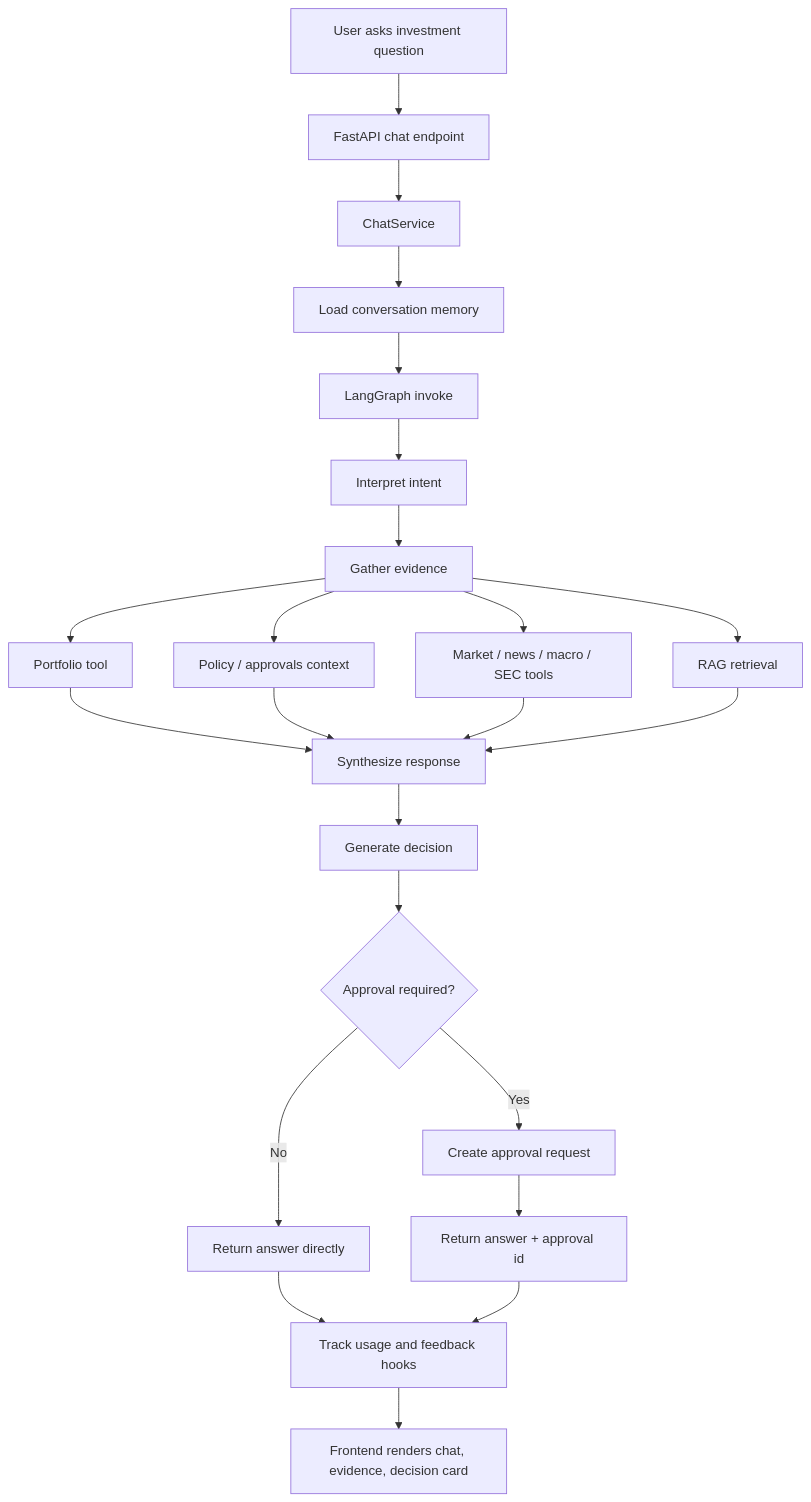
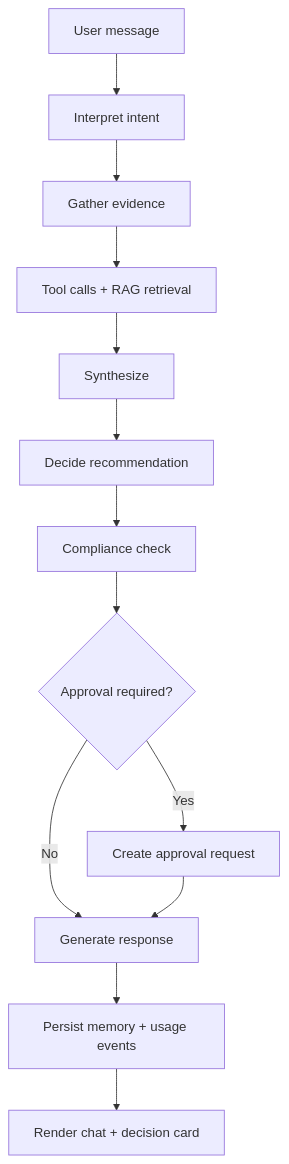
Before and after one commit to Fejjii/AlphaLens-AI: the second of 7 diagrams in docs/architecture.md, drawn with Mermaid. The commit also changed other lines of this file and 102 other files, not shown here.

````diff
--- a/docs/architecture.md
+++ b/docs/architecture.md
@@ -56,25 +66,15 @@
 ```mermaid
 flowchart TD
-    A[User asks investment question] --> B[FastAPI chat endpoint]
-    B --> C[ChatService]
-    C --> D[Load conversation memory]
-    D --> E[LangGraph invoke]
-    E --> F[Interpret intent]
-    F --> G[Gather evidence]
-    G --> H[Portfolio tool]
-    G --> I[Policy / approvals context]
-    G --> J[Market / news / macro / SEC tools]
-    G --> K[RAG retrieval]
-    H --> L[Synthesize response]
-    I --> L
-    J --> L
-    K --> L
-    L --> M[Generate decision]
-    M --> N{Approval required?}
-    N -->|Yes| O[Create approval request]
-    N -->|No| P[Return answer directly]
-    O --> Q[Return answer + approval id]
-    P --> R[Track usage and feedback hooks]
-    Q --> R
-    R --> S[Frontend renders chat, evidence, decision card]
+    U[User message] --> I[Interpret intent]
+    I --> G[Gather evidence]
+    G --> T[Tool calls + RAG retrieval]
+    T --> S[Synthesize]
+    S --> D[Decide recommendation]
+    D --> C[Compliance check]
+    C --> A{Approval required?}
+    A -->|Yes| AQ[Create approval request]
+    A -->|No| R[Generate response]
+    AQ --> R
+    R --> O[Persist memory + usage events]
+    O --> UI[Render chat + decision card]
 ```
````
